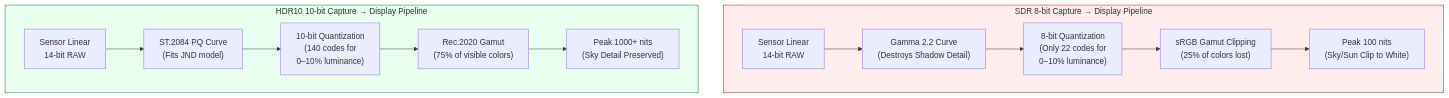
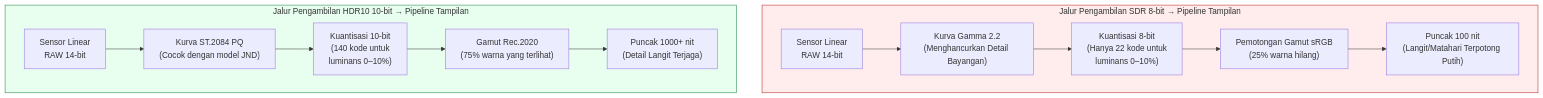
One commit to zoozooll/AndroidCameraParameters changed the first of 2 diagrams in website/i18n/id/docusaurus-plugin-content-docs/current/camera2/hdr-and-ultra-hdr.md. Above: the diagram before and after it, drawn with Mermaid. The commit also changed other lines of this file and 378 other files, not shown here.

````diff
--- a/website/i18n/id/docusaurus-plugin-content-docs/current/camera2/hdr-and-ultra-hdr.md
+++ b/website/i18n/id/docusaurus-plugin-content-docs/current/camera2/hdr-and-ultra-hdr.md
@@ -33,19 +33,19 @@
 ```mermaid
 flowchart TD
-    subgraph SDRpath["SDR 8-bit Capture → Display Pipeline"]
-        S1["Sensor Linear\n14-bit RAW"] --> S2["Gamma 2.2 Curve\n(Destroys Shadow Detail)"]
-        S2 --> S3["8-bit Quantization\n(Only 22 codes for\n0–10% luminance)"]
-        S3 --> S4["sRGB Gamut Clipping\n(25% of colors lost)"]
-        S4 --> S5["Peak 100 nits\n(Sky/Sun Clip to White)"]
+    subgraph SDRpath["Jalur Pengambilan SDR 8-bit → Pipeline Tampilan"]
+        S1["Sensor Linear<br/>RAW 14-bit"] --> S2["Kurva Gamma 2.2<br/>(Menghancurkan Detail Bayangan)"]
+        S2 --> S3["Kuantisasi 8-bit<br/>(Hanya 22 kode untuk<br/>luminans 0–10%)"]
+        S3 --> S4["Pemotongan Gamut sRGB<br/>(25% warna hilang)"]
+        S4 --> S5["Puncak 100 nit<br/>(Langit/Matahari Terpotong Putih)"]
     end
 
-    subgraph HDRpath["HDR10 10-bit Capture → Display Pipeline"]
-        H1["Sensor Linear\n14-bit RAW"] --> H2["ST.2084 PQ Curve\n(Fits JND model)"]
-        H2 --> H3["10-bit Quantization\n(140 codes for\n0–10% luminance)"]
-        H3 --> H4["Rec.2020 Gamut\n(75% of visible colors)"]
-        H4 --> H5["Peak 1000+ nits\n(Sky Detail Preserved)"]
+    subgraph HDRpath["Jalur Pengambilan HDR10 10-bit → Pipeline Tampilan"]
+        H1["Sensor Linear<br/>RAW 14-bit"] --> H2["Kurva ST.2084 PQ<br/>(Cocok dengan model JND)"]
+        H2 --> H3["Kuantisasi 10-bit<br/>(140 kode untuk<br/>luminans 0–10%)"]
+        H3 --> H4["Gamut Rec.2020<br/>(75% warna yang terlihat)"]
+        H4 --> H5["Puncak 1000+ nit<br/>(Detail Langit Terjaga)"]
     end
 
     style SDRpath fill:#ffeded,stroke:#b91c1c
     style HDRpath fill:#e8fff0,stroke:#15803d
 ```
````
